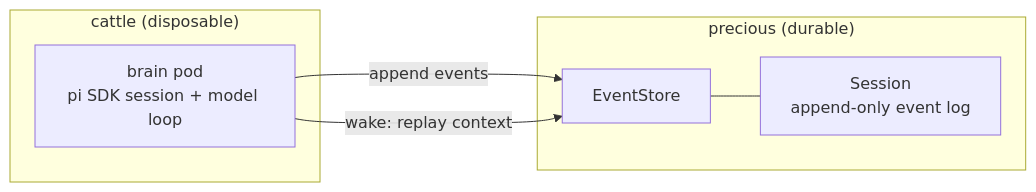
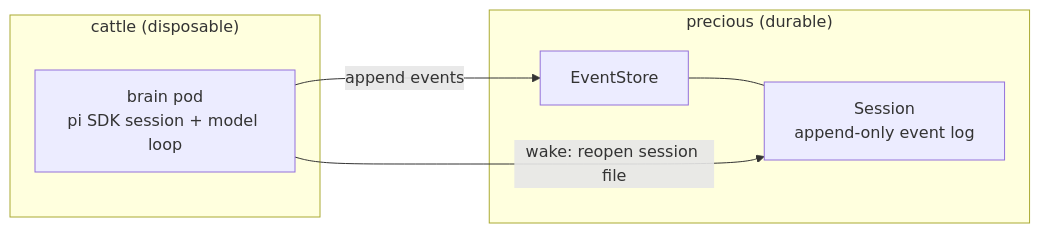
The first of 4 diagrams in docs/brain-and-session.md (sigilmakes/hades), drawn with Mermaid before and after one commit. The commit also changed other lines of this file and 18 other files, not shown here.

First line of the commit message:
feat: usability — brain replay, persistent subordinates, GitOps watch, streaming attach (#55)

````diff
--- a/docs/brain-and-session.md
+++ b/docs/brain-and-session.md
@@ -8,13 +8,13 @@
 ```mermaid
 flowchart LR
     subgraph cattle["cattle (disposable)"]
         BRAIN["brain pod<br/>pi SDK session + model loop"]
     end
     subgraph precious["precious (durable)"]
         SESSION["Session<br/>append-only event log"]
         EVENTS["EventStore"]
     end
     BRAIN -->|append events| EVENTS
     EVENTS --- SESSION
-    BRAIN -->|wake: replay context| EVENTS
+    BRAIN -->|wake: reopen session file| SESSION
 ```
````
